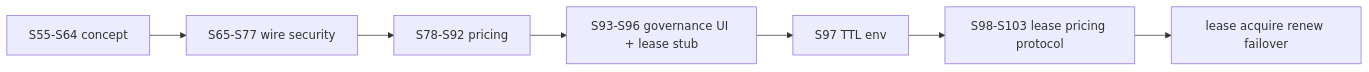
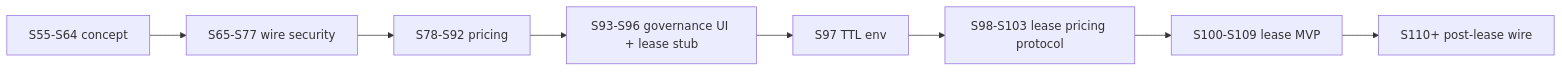
One commit to platinoff/poolAI changed the diagram in docs/development/GALAXY_GRID_ROADMAP_2026-05-27.md. Above: the diagram before and after it, drawn with Mermaid. The commit also changed other lines of this file and 10 other files, not shown here.

First line of the commit message:
docs(galaxy): PH-S109 §4.3 lease wire docs sync

````diff
--- a/docs/development/GALAXY_GRID_ROADMAP_2026-05-27.md
+++ b/docs/development/GALAXY_GRID_ROADMAP_2026-05-27.md
@@ -92,9 +97,10 @@
 ```mermaid
 flowchart LR
   A[S55-S64 concept] --> B[S65-S77 wire security]
   B --> C[S78-S92 pricing]
   C --> D[S93-S96 governance UI + lease stub]
   D --> E[S97 TTL env]
   E --> F[S98-S103 lease pricing protocol]
-  F --> G[lease acquire renew failover]
+  F --> G[S100-S109 lease MVP]
+  G --> H[S110+ post-lease wire]
 ```
````
